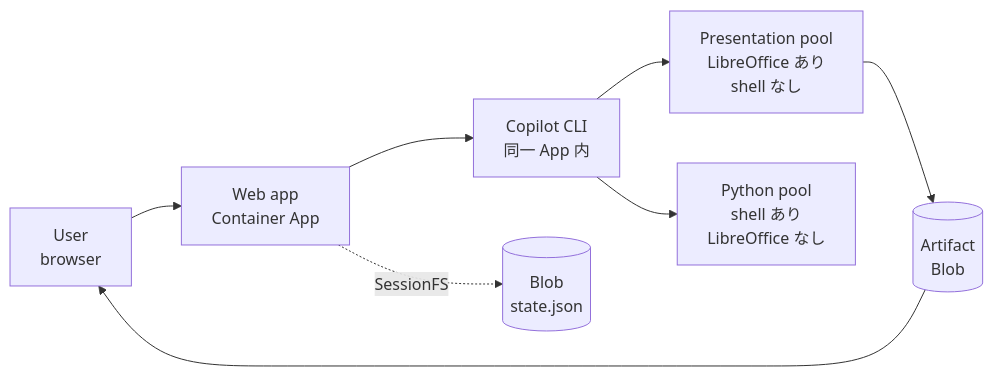
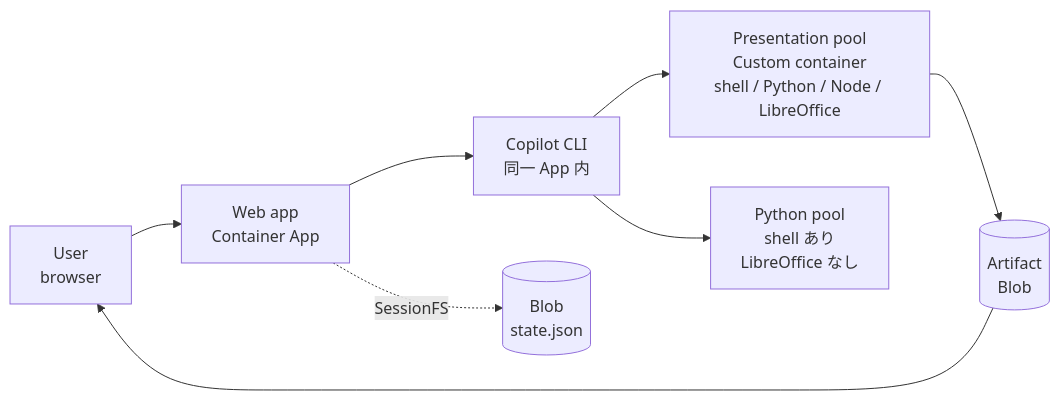
Before and after one commit to akhayash/copilot-session-persistence-poc: the first of 4 diagrams in docs/decisions.md, drawn with Mermaid. The commit also changed other lines of this file and 22 other files, not shown here.

````diff
--- a/docs/decisions.md
+++ b/docs/decisions.md
@@ -20,10 +20,10 @@
 ```mermaid
 flowchart LR
     U["User<br/>browser"] --> W["Web app<br/>Container App"]
     W --> C["Copilot CLI<br/>同一 App 内"]
     W -.SessionFS.-> B[("Blob<br/>state.json")]
-    C --> P["Presentation pool<br/>LibreOffice あり<br/>shell なし"]
+    C --> P["Presentation pool<br/>Custom container<br/>shell / Python / Node / LibreOffice"]
     C --> Y["Python pool<br/>shell あり<br/>LibreOffice なし"]
     P --> A[("Artifact<br/>Blob")]
     A --> U
 ```
````
